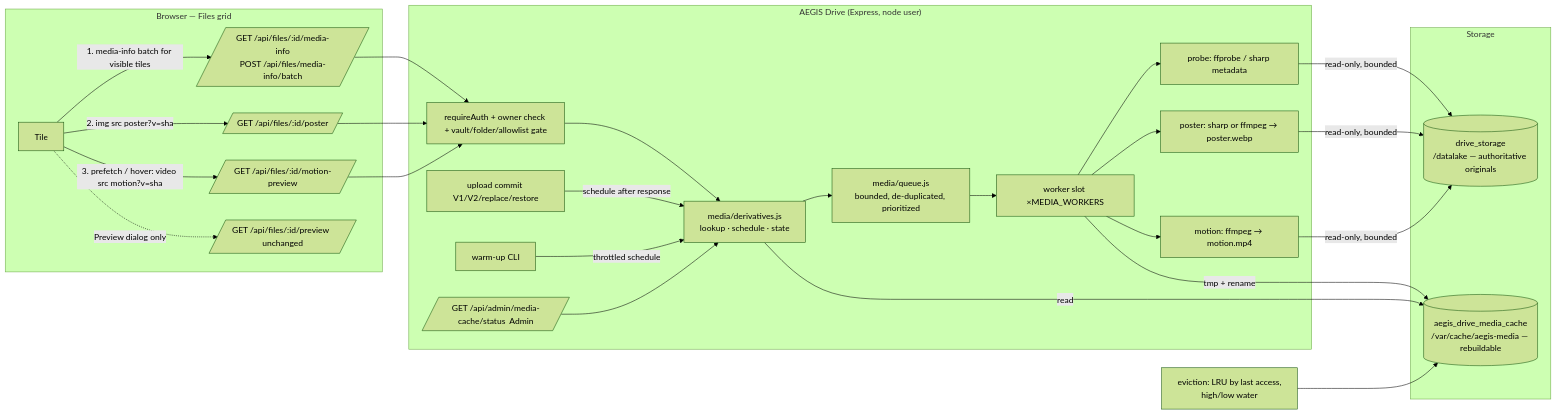
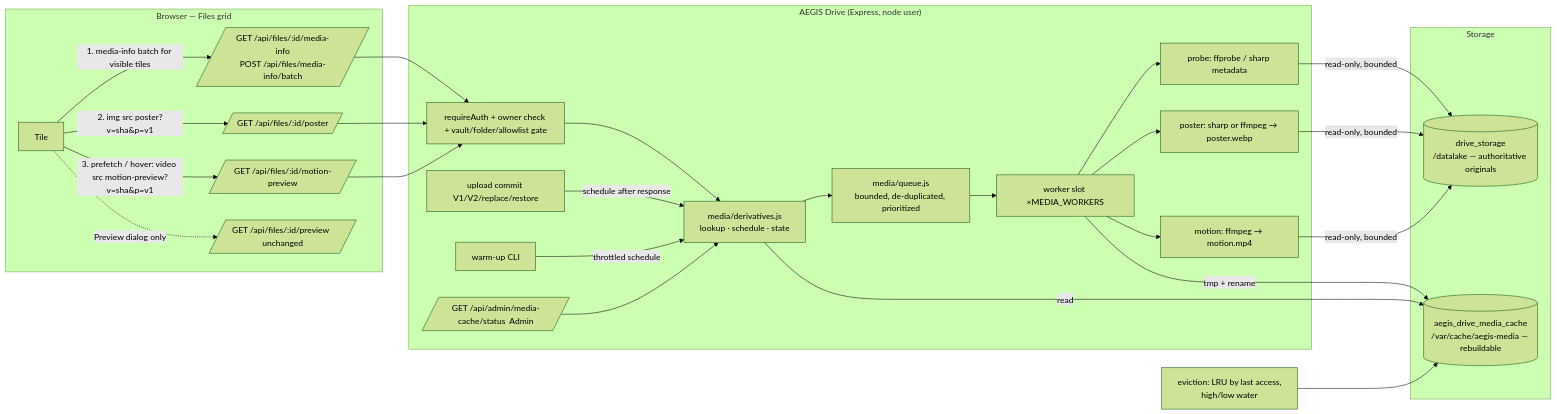
Before and after one commit to kraveerachat/Project-End-The-AEGIS: the diagram in docs/superpowers/specs/2026-09-18-pr150-media-preview-pipeline-design.md, drawn with Mermaid (forest theme). The commit also changed other lines of this file, not shown here.

First line of the commit message:
docs(idea1): harden media preview pipeline design

````diff
--- a/docs/superpowers/specs/2026-09-18-pr150-media-preview-pipeline-design.md
+++ b/docs/superpowers/specs/2026-09-18-pr150-media-preview-pipeline-design.md
@@ -102,41 +118,41 @@
 ```mermaid
 flowchart LR
   subgraph Browser["Browser — Files grid"]
     T[Tile] -->|1. media-info batch for visible tiles| MI
-    T -->|2. img src poster?v=sha| PO
-    T -->|3. prefetch / hover: video src motion?v=sha| MO
+    T -->|2. img src poster?v=sha&p=v1| PO
+    T -->|3. prefetch / hover: video src motion-preview?v=sha&p=v1| MO
     T -.->|Preview dialog only| PV
   end
 
   subgraph Drive["AEGIS Drive (Express, node user)"]
     MI[/GET /api/files/:id/media-info\nPOST /api/files/media-info/batch/]
     PO[/GET /api/files/:id/poster/]
     MO[/GET /api/files/:id/motion-preview/]
     PV[/GET /api/files/:id/preview  unchanged/]
     AUTH[requireAuth + owner check + vault/folder/allowlist gate]
     MI --> AUTH
     PO --> AUTH
     MO --> AUTH
     AUTH --> SVC[media/derivatives.js\nlookup · schedule · state]
     SVC --> Q[media/queue.js\nbounded, de-duplicated, prioritized]
     Q --> W[worker slot ×MEDIA_WORKERS]
     W --> PR[probe: ffprobe / sharp metadata]
     W --> PS[poster: sharp or ffmpeg → poster.webp]
     W --> MP[motion: ffmpeg → motion.mp4]
     UP[upload commit V1/V2/replace/restore] -->|schedule after response| SVC
     WU[warm-up CLI] -->|throttled schedule| SVC
     ADM[/GET /api/admin/media-cache/status  Admin/] --> SVC
   end
 
   subgraph Storage
     DL[(drive_storage\n/datalake — authoritative originals)]
     MC[(aegis_drive_media_cache\n/var/cache/aegis-media — rebuildable)]
   end
 
   PR -->|read-only, bounded| DL
   PS -->|read-only, bounded| DL
   MP -->|read-only, bounded| DL
   W -->|tmp + rename| MC
   SVC -->|read| MC
   EV[eviction: LRU by last access,\nhigh/low water] --> MC
 ```
````
